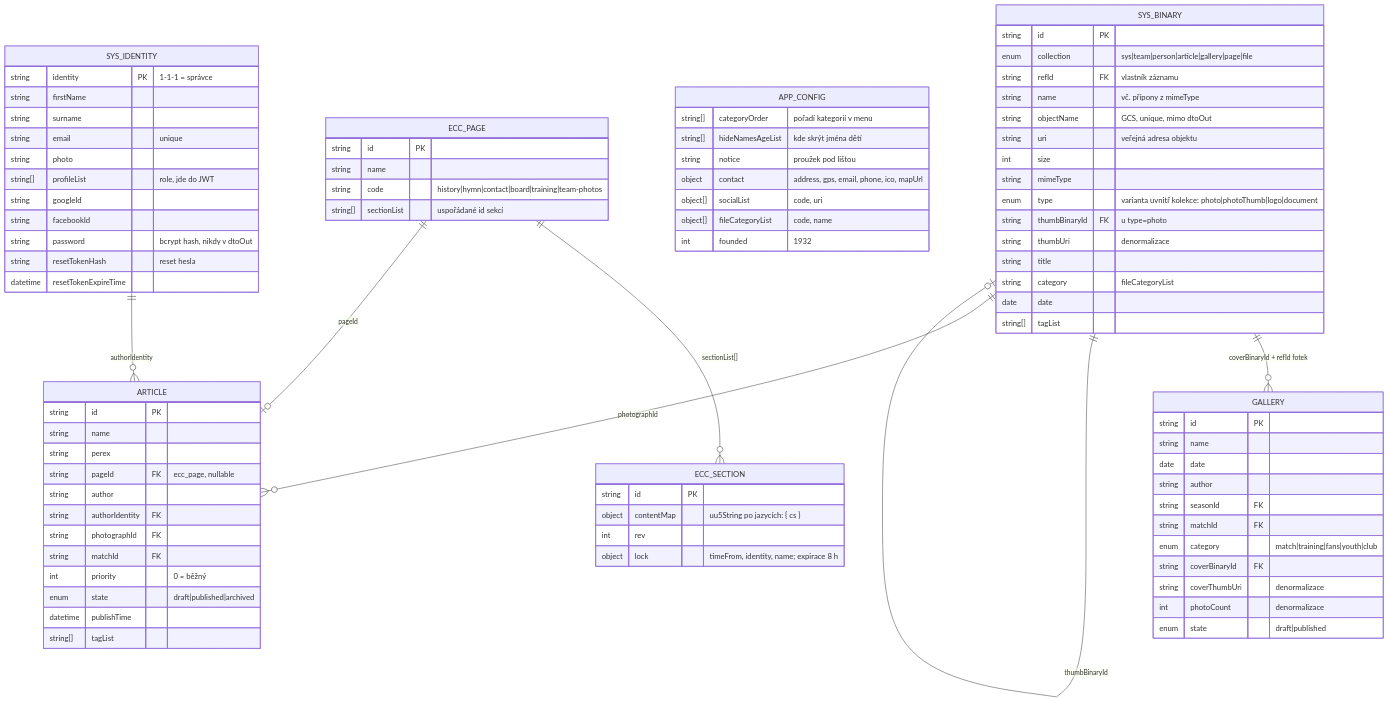
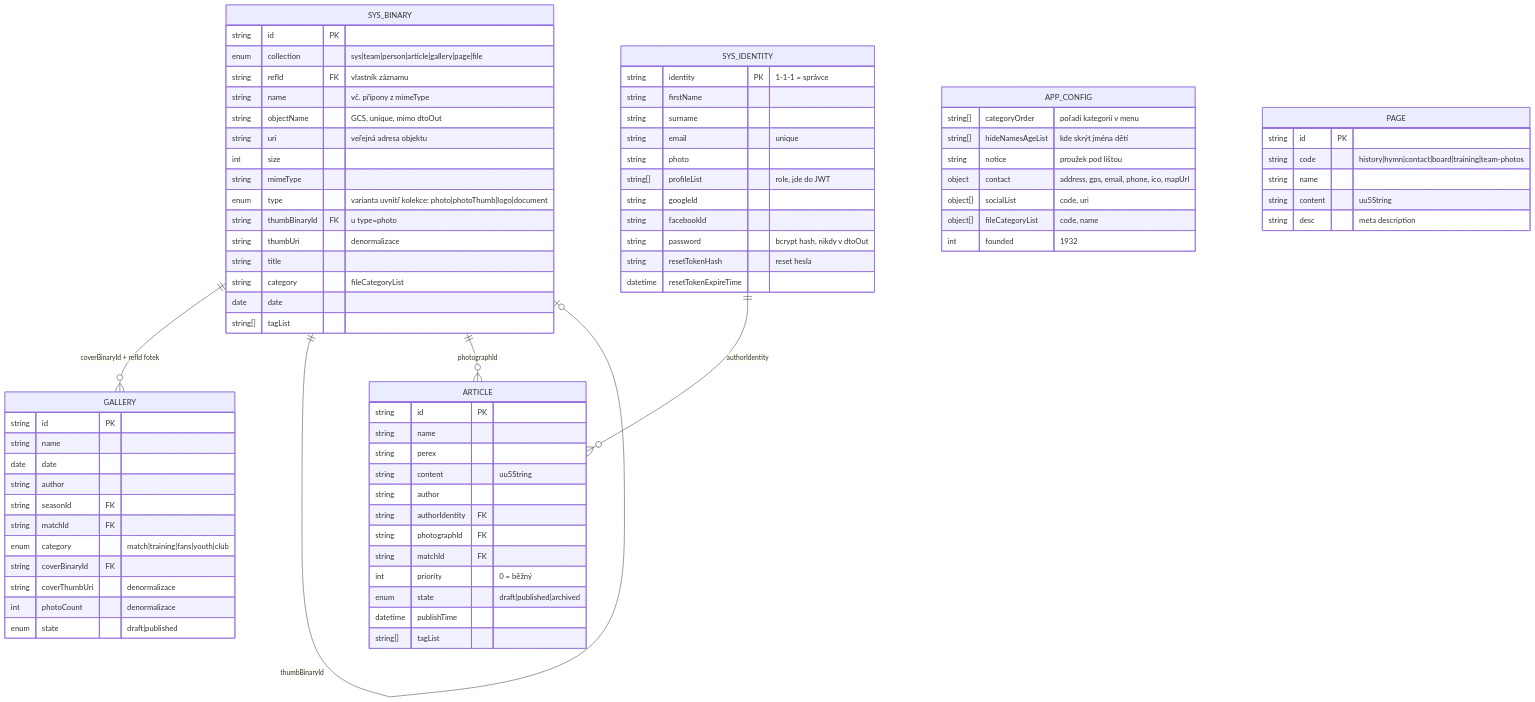
The third of 3 diagrams in design/data-model.md (capo00/afkbratcice), drawn with Mermaid before and after one commit. The commit also changed other lines of this file and 7 other files, not shown here.

````diff
--- a/design/data-model.md
+++ b/design/data-model.md
@@ -197,7 +198,7 @@
         string   id PK
         string   name
         string   perex
-        string   pageId FK "ecc_page, nullable"
+        string   content "uu5String"
         string   author
         string   authorIdentity FK
         string   photographId FK
@@ -207,23 +208,16 @@
         datetime publishTime
         string[] tagList
     }
-    ECC_PAGE {
-        string   id PK
-        string   name
-        string   code "history|hymn|contact|board|training|team-photos"
-        string[] sectionList "uspořádané id sekcí"
-    }
-    ECC_SECTION {
+    PAGE {
         string id PK
-        object contentMap "uu5String po jazycích: { cs }"
-        int    rev
-        object lock "timeFrom, identity, name; expirace 8 h"
+        string code "history|hymn|contact|board|training|team-photos"
+        string name
+        string content "uu5String"
+        string desc "meta description"
     }
 
     SYS_BINARY   ||--o{ GALLERY     : "coverBinaryId + refId fotek"
     SYS_BINARY   ||--o| SYS_BINARY  : "thumbBinaryId"
     SYS_BINARY   ||--o{ ARTICLE     : "photographId"
     SYS_IDENTITY ||--o{ ARTICLE     : "authorIdentity"
-    ECC_PAGE     ||--o{ ECC_SECTION : "sectionList[]"
-    ECC_PAGE     ||--o| ARTICLE     : "pageId"
 ```
````
